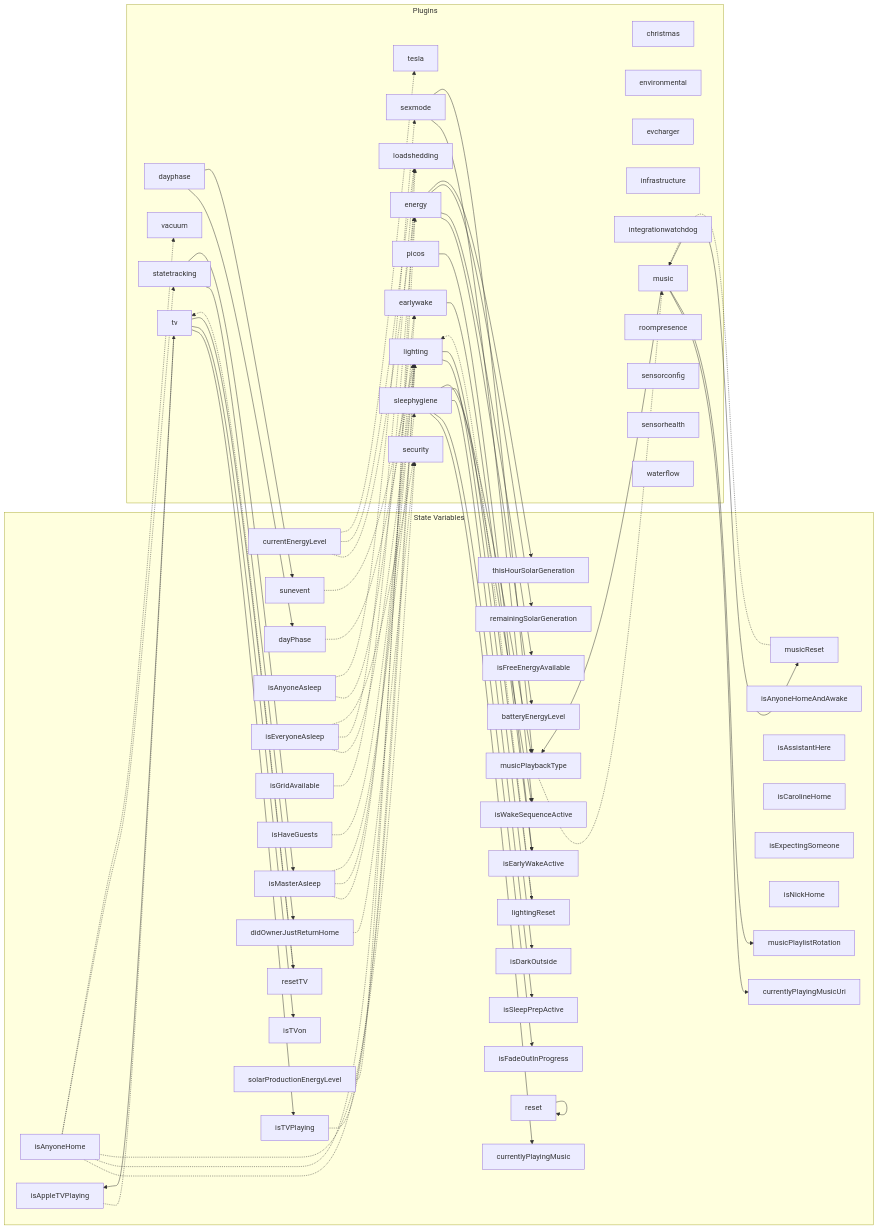
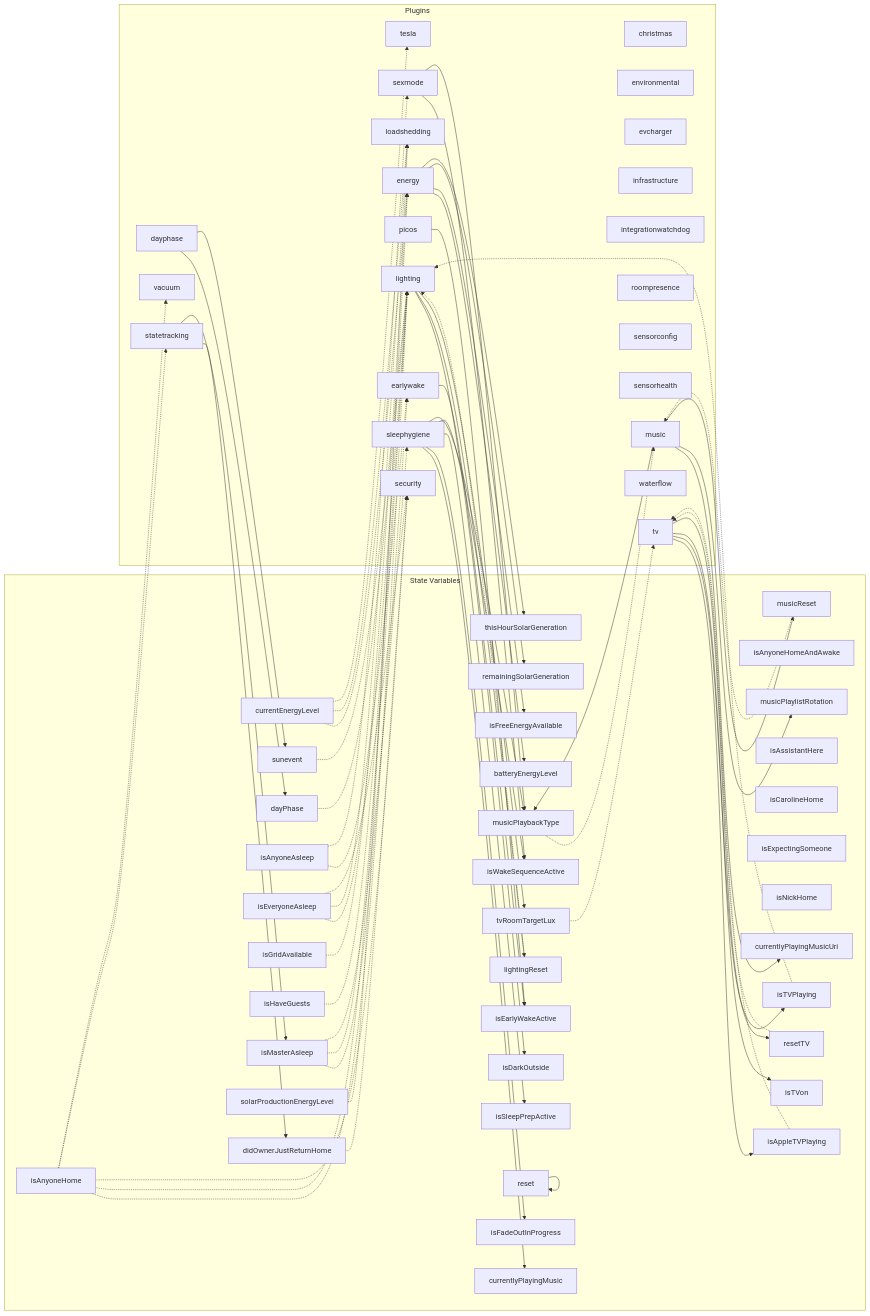
The diagram in docs/generated/plugin-dependencies.md (NickBorgers/home-automation), drawn with Mermaid before and after one commit. The commit also changed 24 other files, not shown here.

First line of the commit message:
TV and Hue Sync brightness follow the room's target lux (#1370)

```diff
--- a/docs/generated/plugin-dependencies.md
+++ b/docs/generated/plugin-dependencies.md
@@ -41,6 +41,7 @@
         solarProductionEnergyLevel["solarProductionEnergyLevel"]
         sunevent["sunevent"]
         thisHourSolarGeneration["thisHourSolarGeneration"]
+        tvRoomTargetLux["tvRoomTargetLux"]
     end
 
     subgraph Plugins["Plugins"]
@@ -99,6 +100,7 @@
     currentEnergyLevel -.-> tesla
     isAppleTVPlaying -.-> tv
     resetTV -.-> tv
+    tvRoomTargetLux -.-> tv
     isAnyoneHome -.-> vacuum
 
     %% Writes (plugin sets variable)
@@ -111,6 +113,7 @@
     energy --> thisHourSolarGeneration
     lighting --> isDarkOutside
     lighting --> lightingReset
+    lighting --> tvRoomTargetLux
     music --> currentlyPlayingMusicUri
     music --> musicPlaybackType
     music --> musicPlaylistRotation
```
